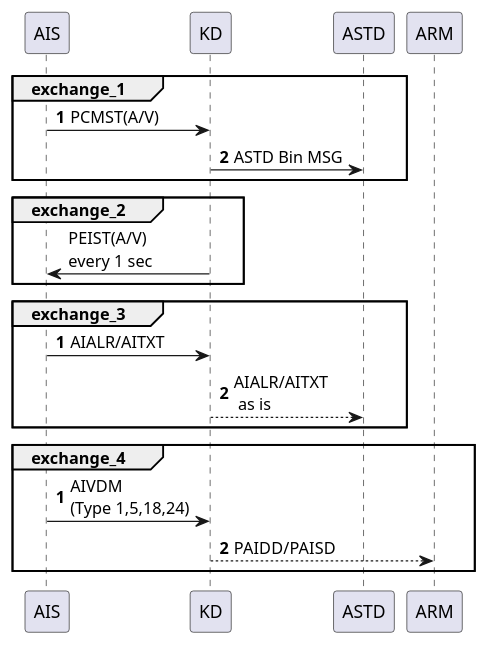
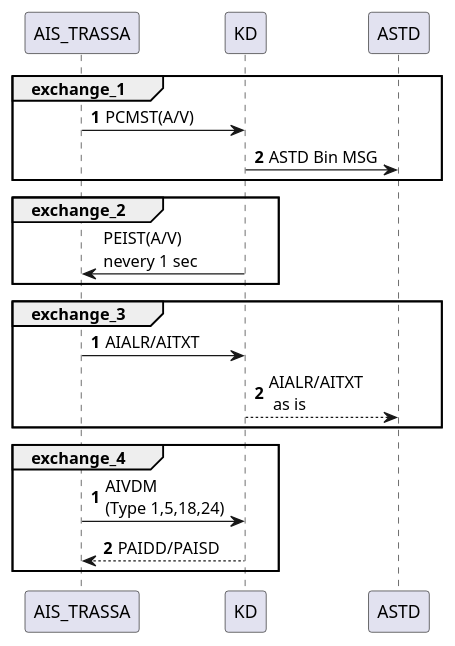
The diagram in test_bl/test_trassa_plugin/resources_trassa/plugin_diagram.md (slukashenkov/fw_v2), drawn with PlantUML before and after one commit. The commit also changed 10 other files, not shown here.

Commit message:
First cut of passable AIS Type 5 message generation

````diff
--- a/test_bl/test_trassa_plugin/resources_trassa/plugin_diagram.md
+++ b/test_bl/test_trassa_plugin/resources_trassa/plugin_diagram.md
@@ -1,31 +1,31 @@
 ```puml
 @startuml
-participant AIS 
+participant AIS_TRASSA 
 participant KD  
 participant ASTD 
-participant ARM
+
 
 autonumber 01
 group exchange_1
-    AIS ->KD: PCMST(A/V)
+    AIS_TRASSA ->KD: PCMST(A/V)
     KD ->ASTD: ASTD Bin MSG
 end
 
 autonumber stop
 group exchange_2
-KD -> AIS: PEIST(A/V)\nevery 1 sec
+KD -> AIS_TRASSA: PEIST(A/V)\nnevery 1 sec
 end
 autonumber 01
 group exchange_3
-    AIS ->KD: AIALR/AITXT 
+    AIS_TRASSA ->KD: AIALR/AITXT 
     KD -->ASTD: AIALR/AITXT\n as is
 end
 autonumber stop
 autonumber 01
 group exchange_4
-    AIS ->KD: AIVDM\n(Type 1,5,18,24) 
-    KD -->ARM: PAIDD/PAISD
+    AIS_TRASSA ->KD: AIVDM\n(Type 1,5,18,24) 
+    KD -->AIS_TRASSA: PAIDD/PAISD
 end
 autonumber stop
 @enduml
 ```
````
